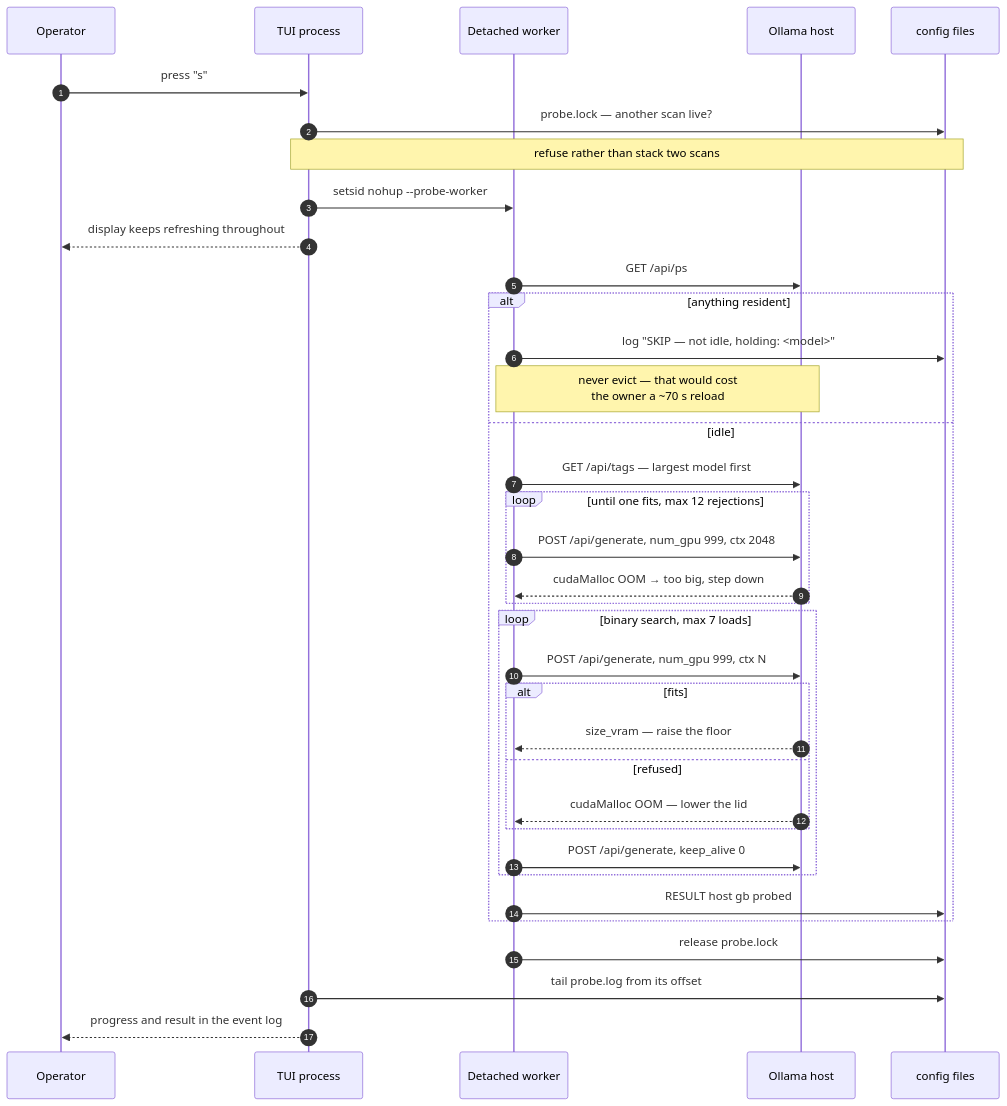
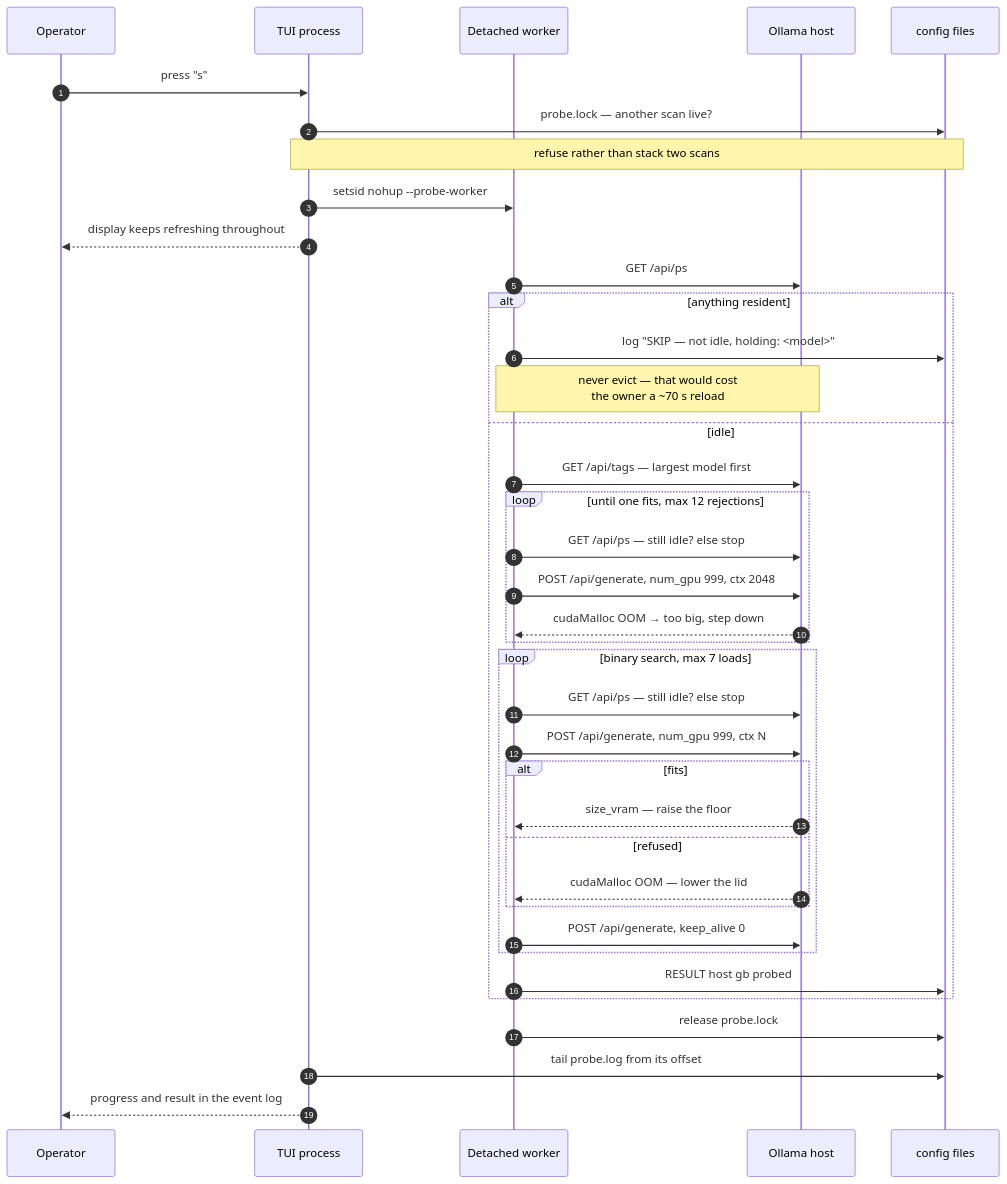
Before and after one commit to marcelpetrick/ollamaFarm: the fifth of 5 diagrams in docs/architecture.md, drawn with Mermaid. The commit also changed other lines of this file and 5 other files, not shown here.

````diff
--- a/docs/architecture.md
+++ b/docs/architecture.md
@@ -197,40 +201,42 @@
 ```mermaid
 sequenceDiagram
     autonumber
     participant U as Operator
     participant T as TUI process
     participant W as Detached worker
     participant H as Ollama host
     participant F as config files
 
     U->>T: press "s"
     T->>F: probe.lock — another scan live?
     Note over T,F: refuse rather than stack two scans
     T->>W: setsid nohup --probe-worker
     T-->>U: display keeps refreshing throughout
 
     W->>H: GET /api/ps
     alt anything resident
         W->>F: log "SKIP — not idle, holding: <model>"
         Note over W,H: never evict — that would cost<br/>the owner a ~70 s reload
     else idle
         W->>H: GET /api/tags — largest model first
         loop until one fits, max 12 rejections
+            W->>H: GET /api/ps — still idle? else stop
             W->>H: POST /api/generate, num_gpu 999, ctx 2048
             H-->>W: cudaMalloc OOM → too big, step down
         end
         loop binary search, max 7 loads
+            W->>H: GET /api/ps — still idle? else stop
             W->>H: POST /api/generate, num_gpu 999, ctx N
             alt fits
                 H-->>W: size_vram — raise the floor
             else refused
                 H-->>W: cudaMalloc OOM — lower the lid
             end
             W->>H: POST /api/generate, keep_alive 0
         end
         W->>F: RESULT host gb probed
     end
     W->>F: release probe.lock
     T->>F: tail probe.log from its offset
     T-->>U: progress and result in the event log
 ```
````
